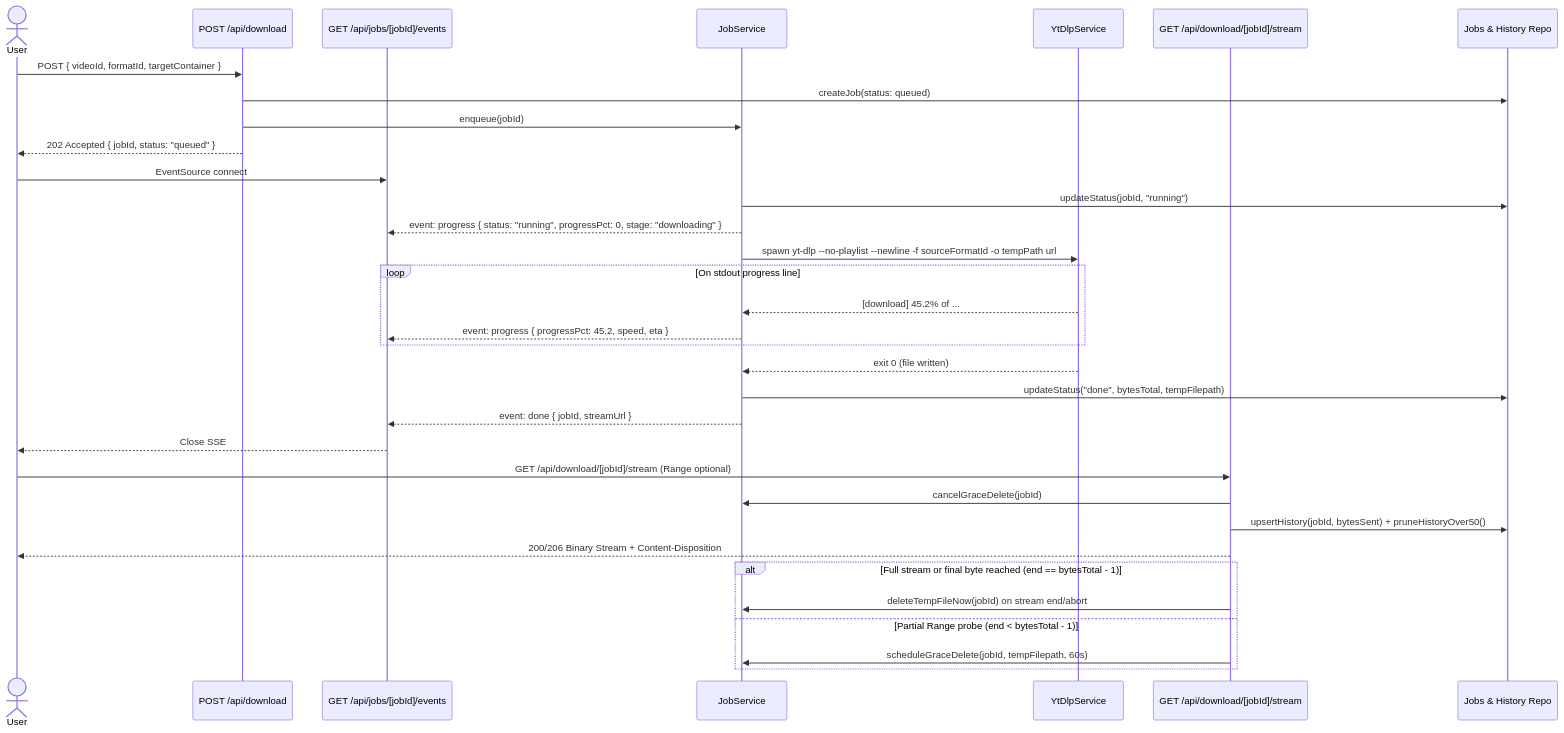
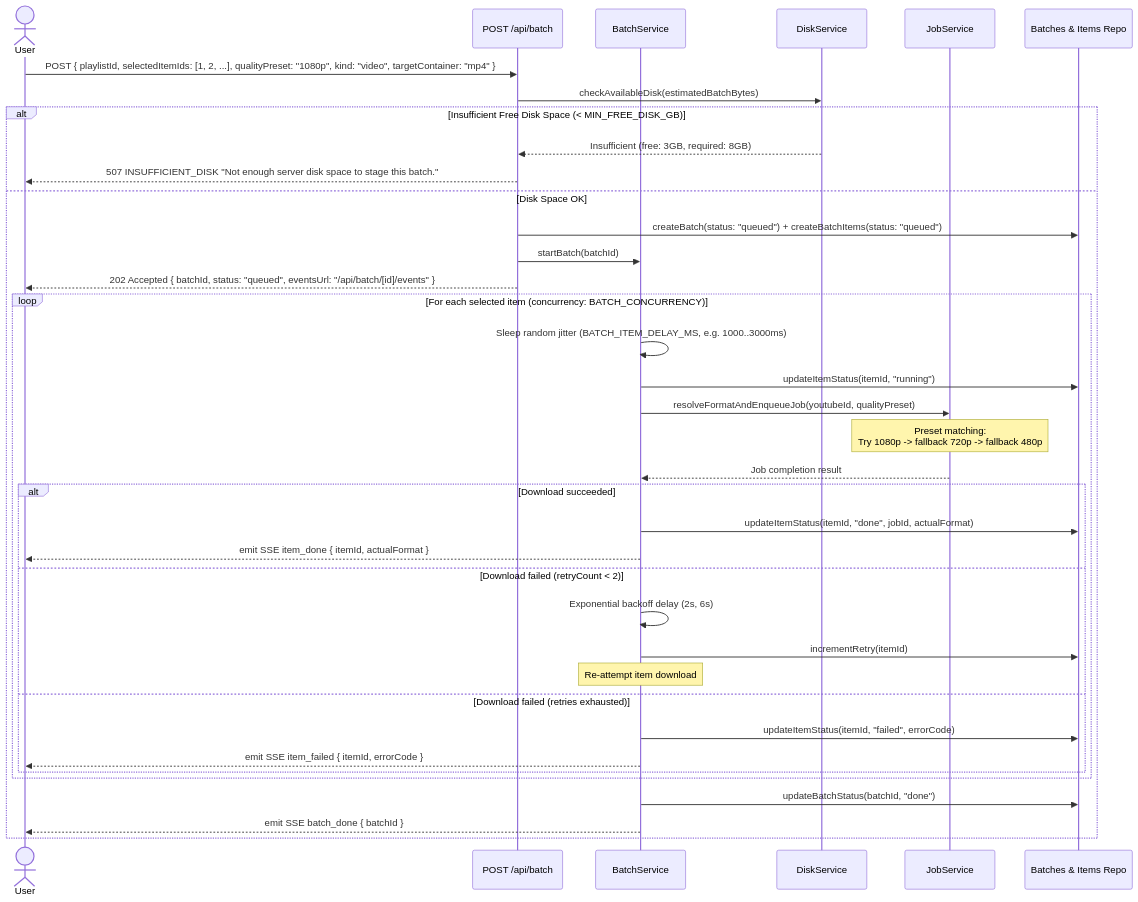
The third of 9 diagrams in docs/LLD.md (ensachin5/RetroTube), drawn with Mermaid before and after one commit. The commit also changed other lines of this file and 61 other files, not shown here.

````diff
--- a/docs/LLD.md
+++ b/docs/LLD.md
@@ -209,38 +243,41 @@
 ```mermaid
 sequenceDiagram
     actor User
-    participant API as POST /api/download
-    participant SSE as GET /api/jobs/[jobId]/events
+    participant API as POST /api/batch
+    participant BS as BatchService
+    participant DG as DiskService
     participant JM as JobService
-    participant YtDlp as YtDlpService
-    participant Stream as GET /api/download/[jobId]/stream
-    participant Repo as Jobs & History Repo
+    participant Repo as Batches & Items Repo
 
-    User->>API: POST { videoId, formatId, targetContainer }
-    API->>Repo: createJob(status: queued)
-    API->>JM: enqueue(jobId)
-    API-->>User: 202 Accepted { jobId, status: "queued" }
-
-    User->>SSE: EventSource connect
-    JM->>Repo: updateStatus(jobId, "running")
-    JM-->>SSE: event: progress { status: "running", progressPct: 0, stage: "downloading" }
-    JM->>YtDlp: spawn yt-dlp --no-playlist --newline -f sourceFormatId -o tempPath url
-    loop On stdout progress line
-        YtDlp-->>JM: [download] 45.2% of ...
-        JM-->>SSE: event: progress { progressPct: 45.2, speed, eta }
-    end
-    YtDlp-->>JM: exit 0 (file written)
-    JM->>Repo: updateStatus("done", bytesTotal, tempFilepath)
-    JM-->>SSE: event: done { jobId, streamUrl }
-    SSE-->>User: Close SSE
-
-    User->>Stream: GET /api/download/[jobId]/stream (Range optional)
-    Stream->>JM: cancelGraceDelete(jobId)
-    Stream->>Repo: upsertHistory(jobId, bytesSent) + pruneHistoryOver50()
-    Stream-->>User: 200/206 Binary Stream + Content-Disposition
-    alt Full stream or final byte reached (end == bytesTotal - 1)
-        Stream->>JM: deleteTempFileNow(jobId) on stream end/abort
-    else Partial Range probe (end < bytesTotal - 1)
-        Stream->>JM: scheduleGraceDelete(jobId, tempFilepath, 60s)
+    User->>API: POST { playlistId, selectedItemIds: [1, 2, ...], qualityPreset: "1080p", kind: "video", targetContainer: "mp4" }
+    API->>DG: checkAvailableDisk(estimatedBatchBytes)
+    alt Insufficient Free Disk Space (< MIN_FREE_DISK_GB)
+        DG-->>API: Insufficient (free: 3GB, required: 8GB)
+        API-->>User: 507 INSUFFICIENT_DISK "Not enough server disk space to stage this batch."
+    else Disk Space OK
+        API->>Repo: createBatch(status: "queued") + createBatchItems(status: "queued")
+        API->>BS: startBatch(batchId)
+        API-->>User: 202 Accepted { batchId, status: "queued", eventsUrl: "/api/batch/[id]/events" }
+        
+        loop For each selected item (concurrency: BATCH_CONCURRENCY)
+            BS->>BS: Sleep random jitter (BATCH_ITEM_DELAY_MS, e.g. 1000..3000ms)
+            BS->>Repo: updateItemStatus(itemId, "running")
+            BS->>JM: resolveFormatAndEnqueueJob(youtubeId, qualityPreset)
+            Note over JM: Preset matching:<br/>Try 1080p -> fallback 720p -> fallback 480p
+            JM-->>BS: Job completion result
+            alt Download succeeded
+                BS->>Repo: updateItemStatus(itemId, "done", jobId, actualFormat)
+                BS-->>User: emit SSE item_done { itemId, actualFormat }
+            else Download failed (retryCount < 2)
+                BS->>BS: Exponential backoff delay (2s, 6s)
+                BS->>Repo: incrementRetry(itemId)
+                Note over BS: Re-attempt item download
+            else Download failed (retries exhausted)
+                BS->>Repo: updateItemStatus(itemId, "failed", errorCode)
+                BS-->>User: emit SSE item_failed { itemId, errorCode }
+            end
+        end
+        BS->>Repo: updateBatchStatus(batchId, "done")
+        BS-->>User: emit SSE batch_done { batchId }
     end
 ```
````
